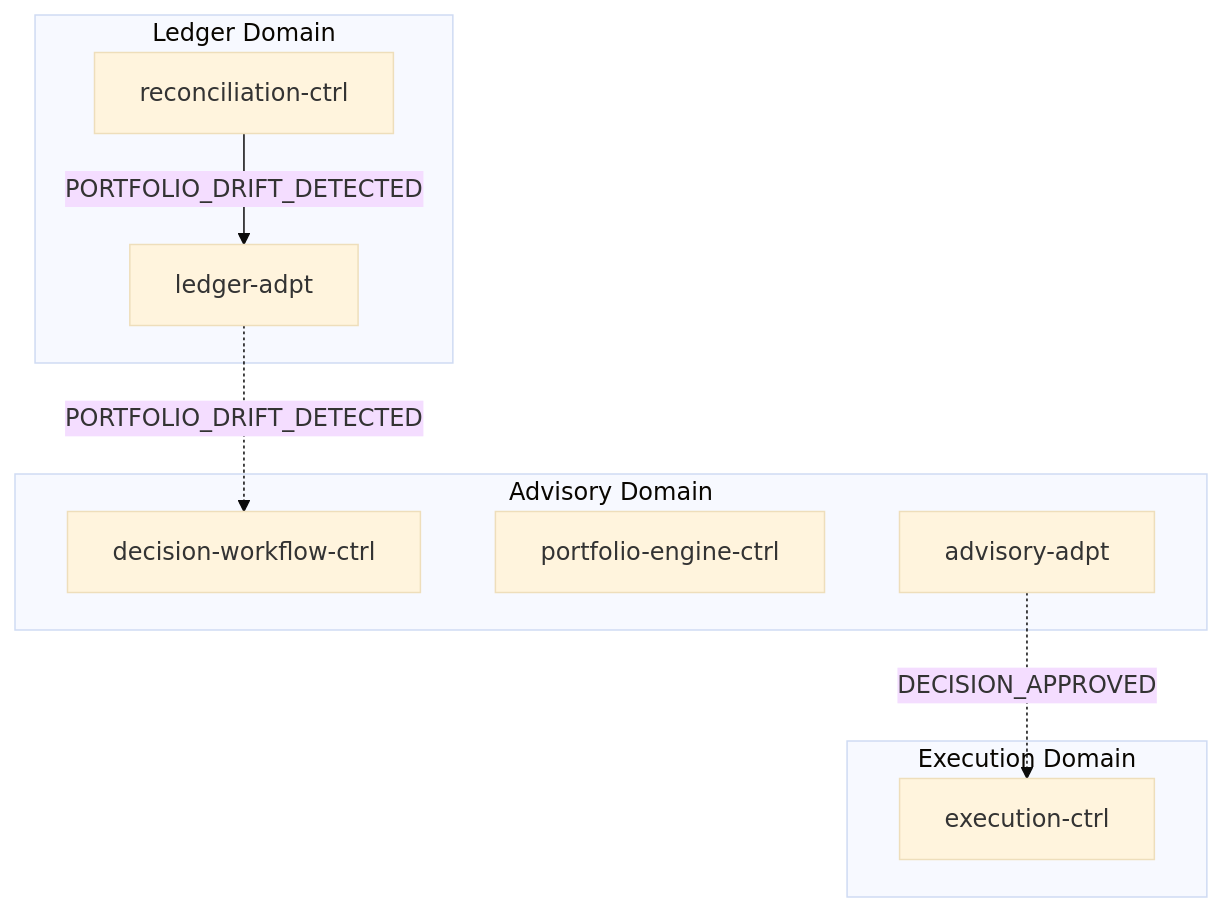
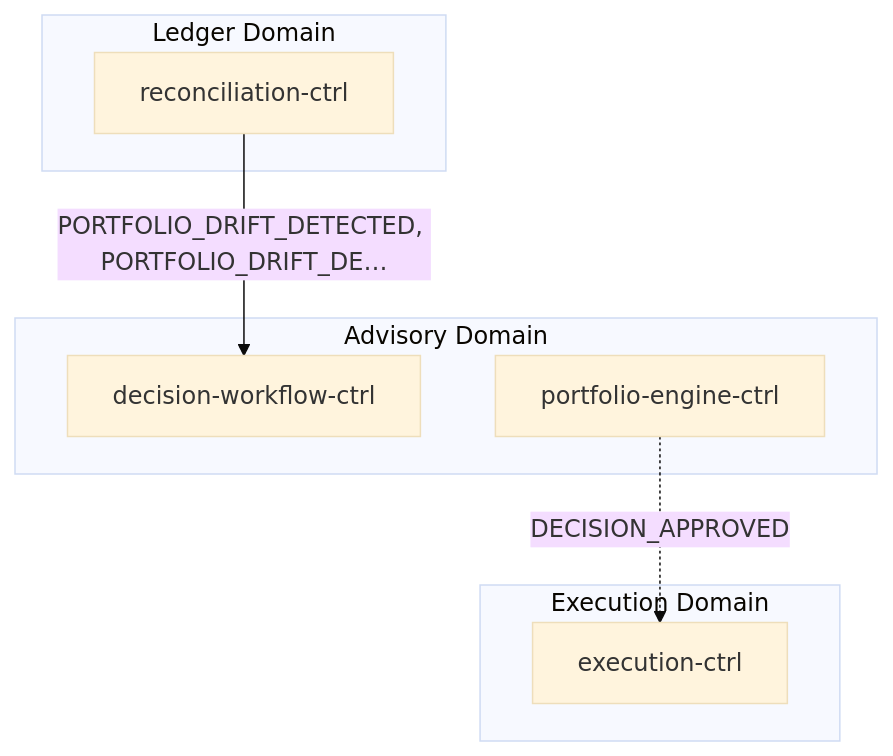
Before and after one commit to fabio-vitali/nestfolio: the first of 2 diagrams in docs/data-flows/portfolio-rebalance.md, drawn with Mermaid (base theme). The commit also changed other lines of this file and 19 other files, not shown here.

First line of the commit message:
docs(flows): update flow specs and schema for pull model adapter routing

````diff
--- a/docs/data-flows/portfolio-rebalance.md
+++ b/docs/data-flows/portfolio-rebalance.md
@@ -11,18 +11,15 @@
 ```mermaid
 flowchart TD
     subgraph ledger["Ledger Domain"]
         reconciliation_ctrl["reconciliation-ctrl"]
-        ledger_adpt["ledger-adpt"]
     end
     subgraph advisory["Advisory Domain"]
         decision_workflow_ctrl["decision-workflow-ctrl"]
         portfolio_engine_ctrl["portfolio-engine-ctrl"]
-        advisory_adpt["advisory-adpt"]
     end
     subgraph execution["Execution Domain"]
         execution_ctrl["execution-ctrl"]
     end
-    reconciliation_ctrl -->|"PORTFOLIO_DRIFT_DETECTED"| ledger_adpt
-    ledger_adpt -.->|"PORTFOLIO_DRIFT_DETECTED"| decision_workflow_ctrl
-    advisory_adpt -.->|"DECISION_APPROVED"| execution_ctrl
+    reconciliation_ctrl -->|"PORTFOLIO_DRIFT_DETECTED, PORTFOLIO_DRIFT_DE…"| decision_workflow_ctrl
+    portfolio_engine_ctrl -.->|"DECISION_APPROVED"| execution_ctrl
 ```
````
